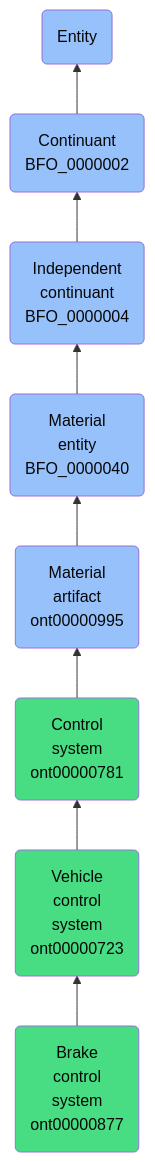
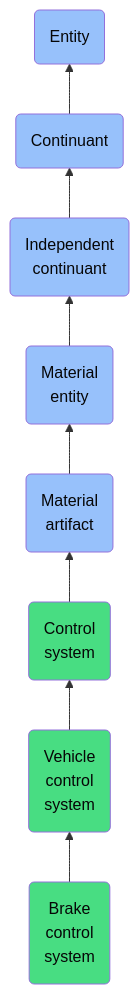
One commit to jupyter-naas/abi changed the diagram in docs/ontology/reference/model/Entity/Continuant/Independent continuant/Material entity/Material artifact/Control system/Vehicle control system/Brake control system/Brake control system.md. Above: the diagram before and after it, drawn with Mermaid. The commit also changed other lines of this file and 1430 other files, not shown here.

````diff
--- a/docs/ontology/reference/model/Entity/Continuant/Independent continuant/Material entity/Material artifact/Control system/Vehicle control system/Brake control system/Brake control system.md
+++ b/docs/ontology/reference/model/Entity/Continuant/Independent continuant/Material entity/Material artifact/Control system/Vehicle control system/Brake control system/Brake control system.md
@@ -24,15 +24,15 @@
 ```mermaid
 graph BT
-    ont00000877(Brake<br>control<br>system<br>ont00000877):::ABI-->ont00000723
-    ont00000723(Vehicle<br>control<br>system<br>ont00000723):::ABI-->ont00000781
-    ont00000781(Control<br>system<br>ont00000781):::ABI-->ont00000995
-    ont00000995(Material<br>artifact<br>ont00000995):::BFO-->BFO_0000040
-    BFO_0000040(Material<br>entity<br>BFO_0000040):::BFO-->BFO_0000004
-    BFO_0000004(Independent<br>continuant<br>BFO_0000004):::BFO-->BFO_0000002
-    BFO_0000002(Continuant<br>BFO_0000002):::BFO-->BFO_0000001
+    ont00000877(Brake<br>control<br>system):::ABI-->ont00000723
+    ont00000723(Vehicle<br>control<br>system):::ABI-->ont00000781
+    ont00000781(Control<br>system):::ABI-->ont00000995
+    ont00000995(Material<br>artifact):::BFO-->BFO_0000040
+    BFO_0000040(Material<br>entity):::BFO-->BFO_0000004
+    BFO_0000004(Independent<br>continuant):::BFO-->BFO_0000002
+    BFO_0000002(Continuant):::BFO-->BFO_0000001
     BFO_0000001(Entity):::BFO
     
     classDef BFO fill:#97c1fb,color:#060606
     classDef CCO fill:#e4c51e,color:#060606
     classDef ABI fill:#48DD82,color:#060606
 ```
````
